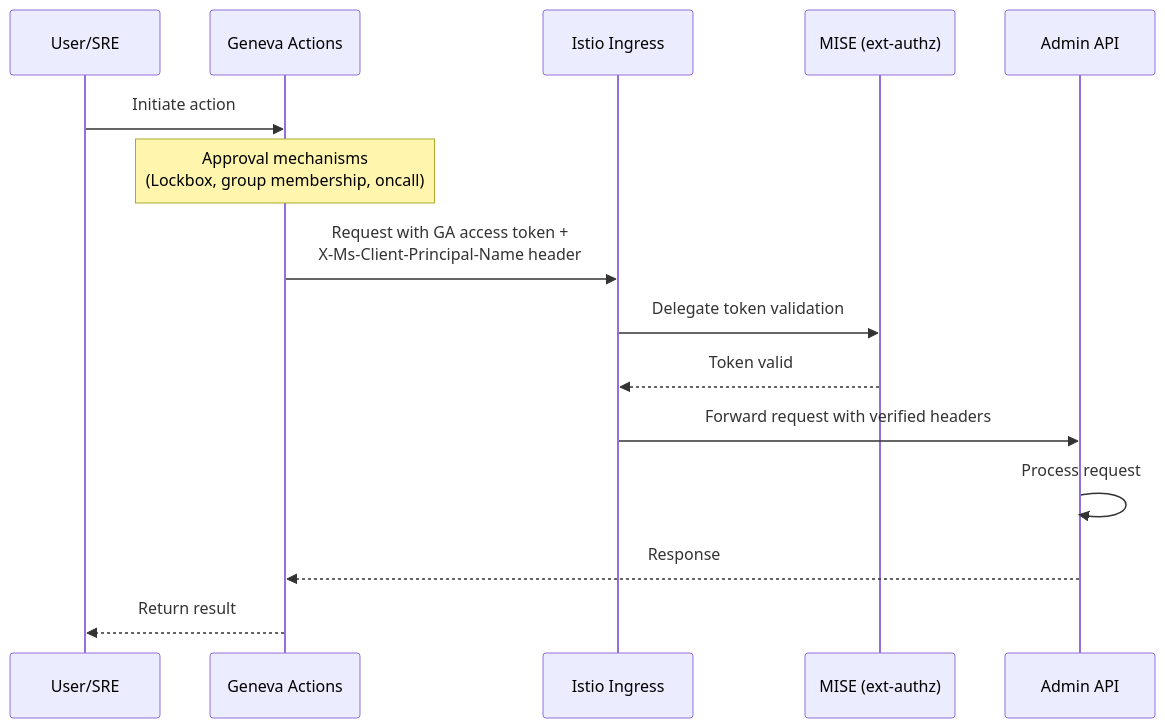
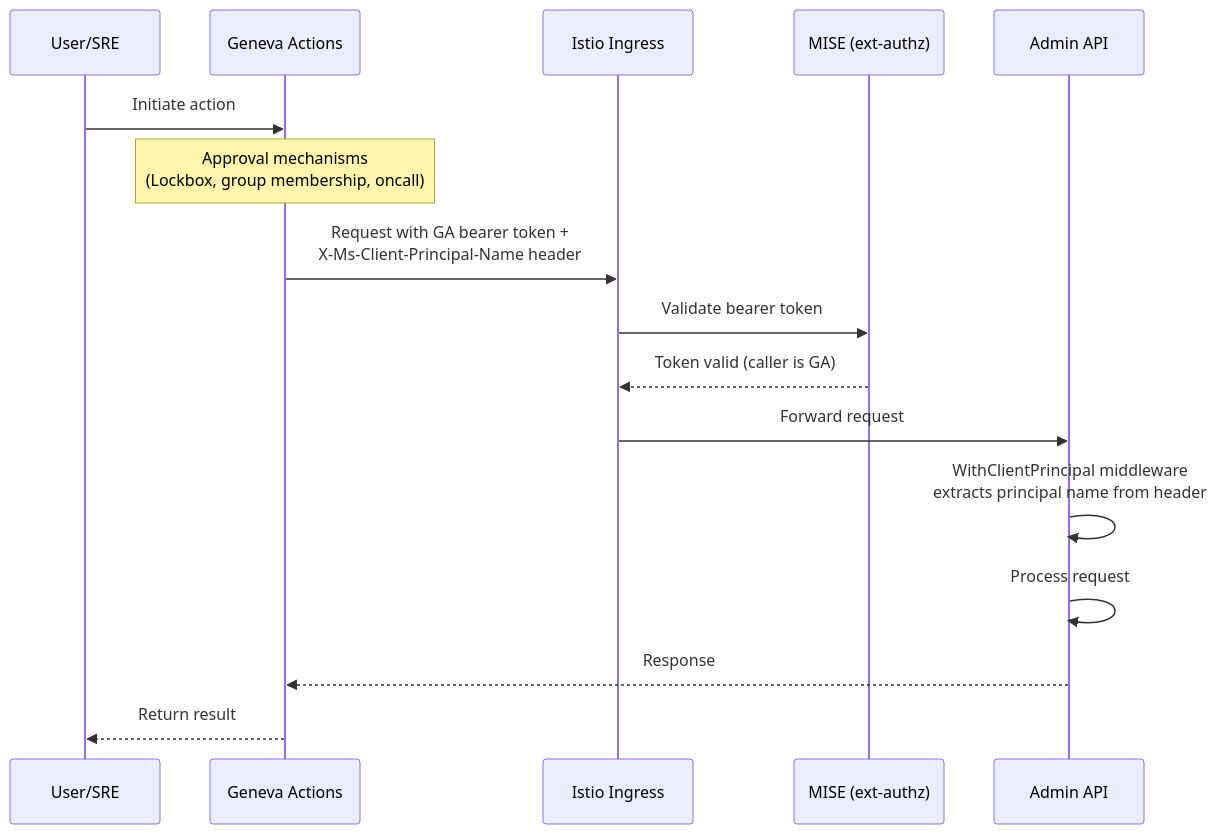
The diagram in admin/README.md (Azure/ARO-HCP), drawn with Mermaid before and after one commit. The commit also changed other lines of this file and 1 other file, not shown here.

First line of the commit message:
update admin API documentation

````diff
--- a/admin/README.md
+++ b/admin/README.md
@@ -34,18 +35,19 @@
 ```mermaid
 sequenceDiagram
     participant User as User/SRE
     participant GA as Geneva Actions
     participant Istio as Istio Ingress
     participant MISE as MISE (ext-authz)
     participant Admin as Admin API
 
     User->>GA: Initiate action
     Note over GA: Approval mechanisms<br/>(Lockbox, group membership, oncall)
-    GA->>Istio: Request with GA access token +<br/>X-Ms-Client-Principal-Name header
-    Istio->>MISE: Delegate token validation
-    MISE-->>Istio: Token valid
-    Istio->>Admin: Forward request with verified headers
+    GA->>Istio: Request with GA bearer token +<br/>X-Ms-Client-Principal-Name header
+    Istio->>MISE: Validate bearer token
+    MISE-->>Istio: Token valid (caller is GA)
+    Istio->>Admin: Forward request
+    Admin->>Admin: WithClientPrincipal middleware<br/>extracts principal name from header
     Admin->>Admin: Process request
     Admin-->>GA: Response
     GA-->>User: Return result
 ```
````
